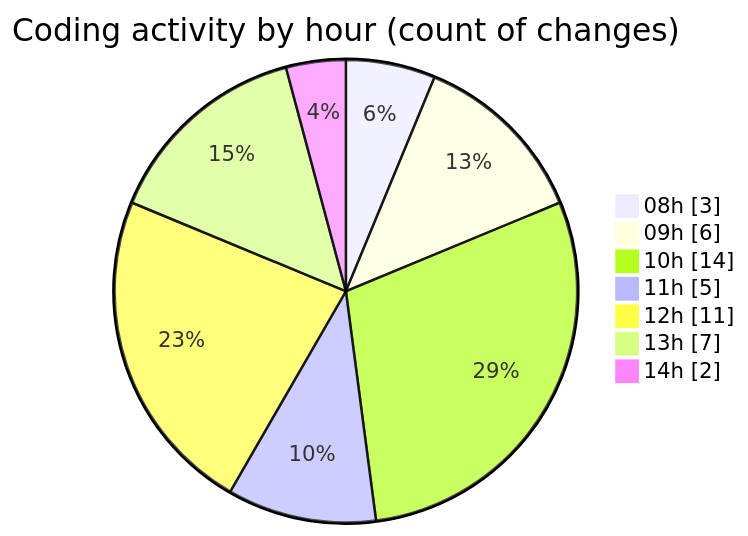
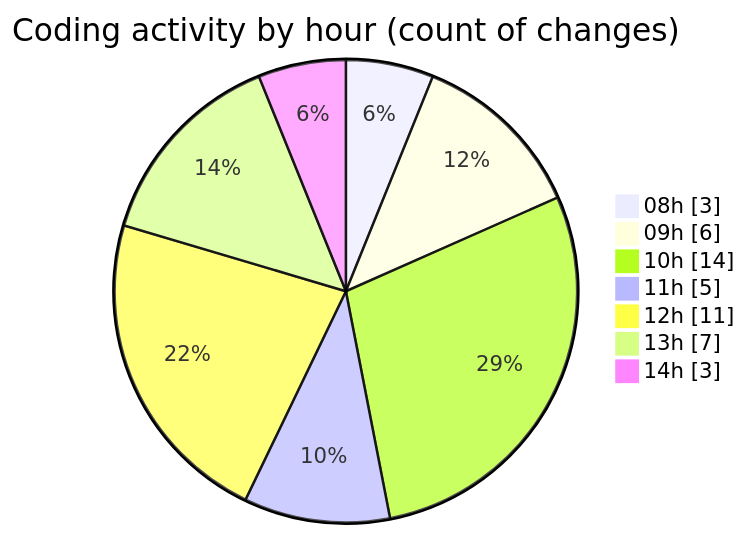
Before and after one commit to BS-eng2023/code-tracking: the second of 2 diagrams in 2025-04-01/jsvms/README.md, drawn with Mermaid. The commit also changed other lines of this file and 1 other file, not shown here.

````diff
--- a/2025-04-01/jsvms/README.md
+++ b/2025-04-01/jsvms/README.md
@@ -45,11 +45,11 @@
 ```mermaid
 pie showData
 title Coding activity by hour (count of changes)
 "08h" : 3
 "09h" : 6
 "10h" : 14
 "11h" : 5
 "12h" : 11
 "13h" : 7
-"14h" : 2
+"14h" : 3
 ```
````
